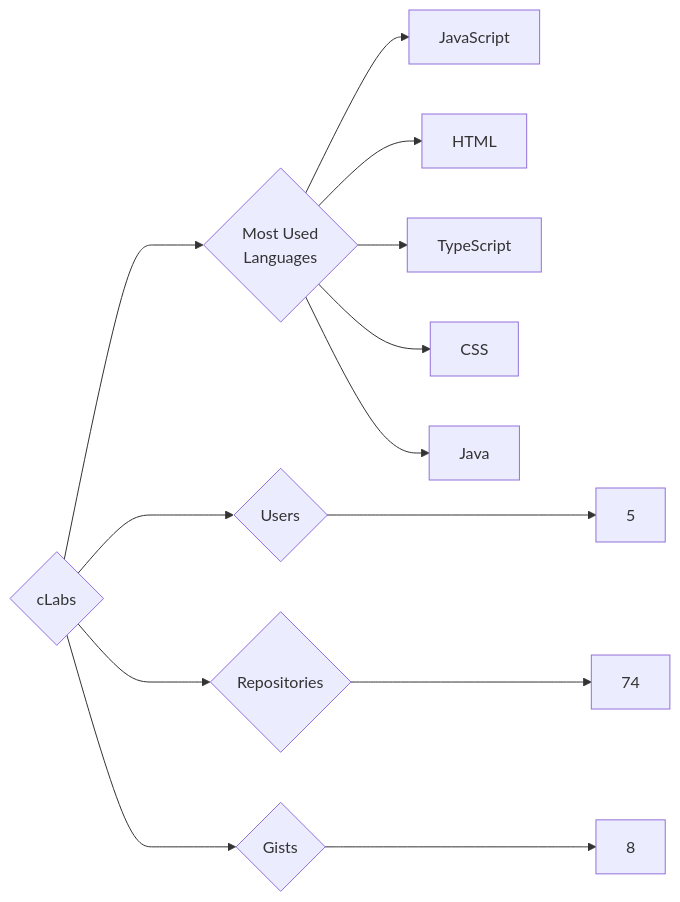
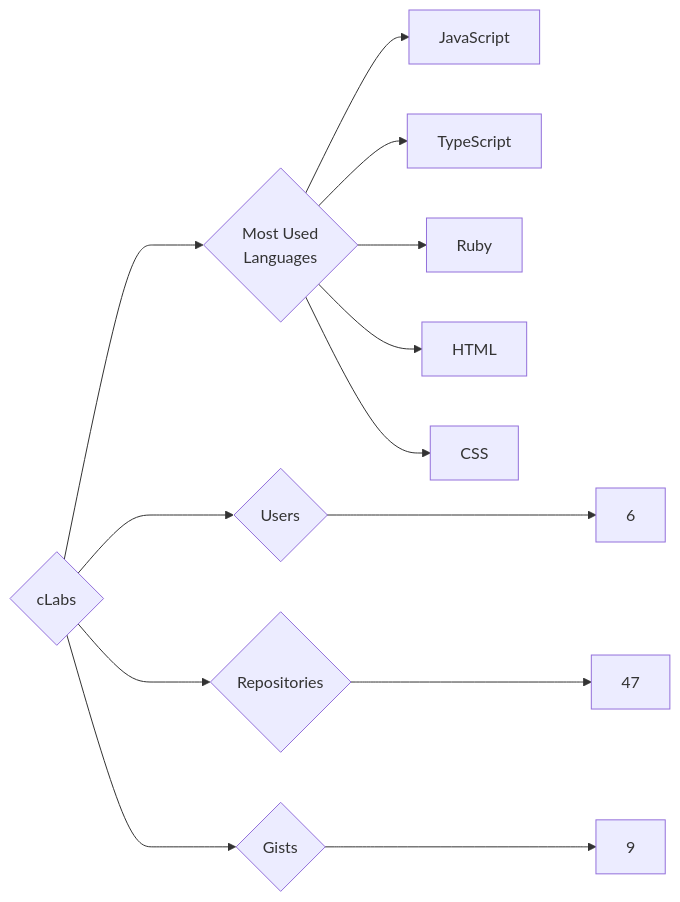
Before and after one commit to trickest/insiders: the diagram in targets/cLabs/README.md, drawn with Mermaid. The commit also changed 1089 other files, not shown here.

````diff
--- a/targets/cLabs/README.md
+++ b/targets/cLabs/README.md
@@ -3,13 +3,13 @@
 ```mermaid
 graph LR
 COMPANY_NAME{cLabs}
-COMPANY_NAME ---> U{Users} ---> UN[5]
-COMPANY_NAME ---> R{Repositories} ---> RN[74]
-COMPANY_NAME ---> G{Gists} ---> GN[8]
+COMPANY_NAME ---> U{Users} ---> UN[6]
+COMPANY_NAME ---> R{Repositories} ---> RN[47]
+COMPANY_NAME ---> G{Gists} ---> GN[9]
 COMPANY_NAME ---> ML{Most Used<br>Languages}
 ML --> JavaScript[JavaScript]
+ML --> TypeScript[TypeScript]
+ML --> Ruby[Ruby]
 ML --> HTML[HTML]
-ML --> TypeScript[TypeScript]
 ML --> CSS[CSS]
-ML --> Java[Java]
 ```
````
